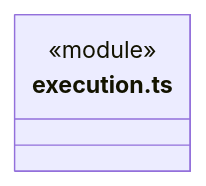
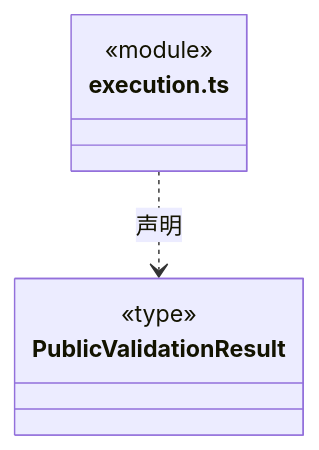
Before and after one commit to nan023062/cbim: the seventh of 21 diagrams in src/bridge/contracts/ARCHITECTURE.md, drawn with Mermaid. The commit also changed other lines of this file and 72 other files, not shown here.

````diff
--- a/src/bridge/contracts/ARCHITECTURE.md
+++ b/src/bridge/contracts/ARCHITECTURE.md
@@ -137,6 +137,11 @@
 ```mermaid
 classDiagram
 class N_src_bridge_contracts_execution_ts["execution.ts"] {
   <<module>>
 }
+class N_src_bridge_contracts_execution_ts_PublicValidationResult["PublicValidationResult"] {
+  <<type>>
+
+}
+N_src_bridge_contracts_execution_ts ..> N_src_bridge_contracts_execution_ts_PublicValidationResult : 声明
 ```
````
